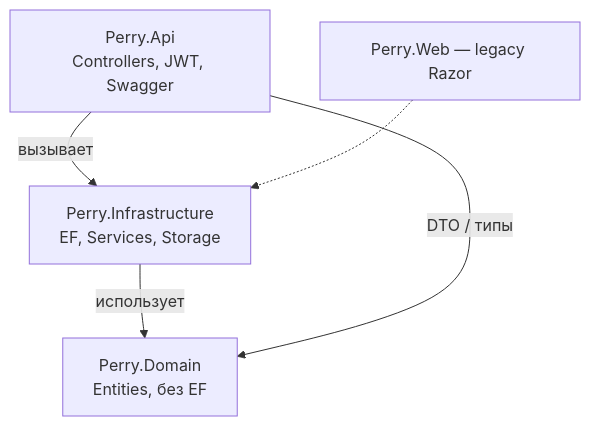
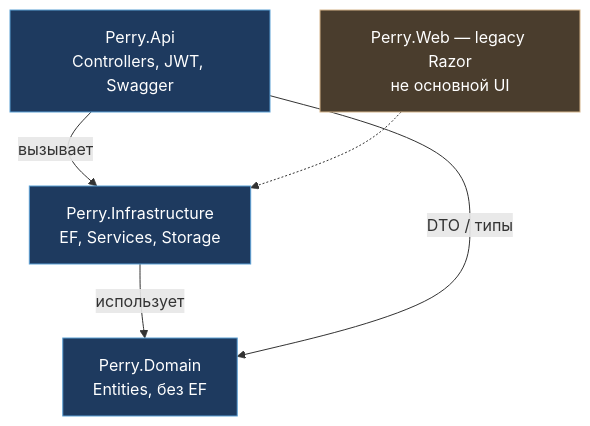
The third of 10 diagrams in project_defense/DEFENSE_BACKEND.md (ITSTEP-PERRY/Back_end_for_our_poroject), drawn with Mermaid before and after one commit. The commit also changed other lines of this file and 2 other files, not shown here.

````diff
--- a/project_defense/DEFENSE_BACKEND.md
+++ b/project_defense/DEFENSE_BACKEND.md
@@ -123,11 +144,18 @@
 ```mermaid
 flowchart TB
   API["Perry.Api<br/>Controllers, JWT, Swagger"]
   INF["Perry.Infrastructure<br/>EF, Services, Storage"]
   DOM["Perry.Domain<br/>Entities, без EF"]
+
   API -->|"вызывает"| INF
   INF -->|"использует"| DOM
   API -->|"DTO / типы"| DOM
-  WEB["Perry.Web — legacy Razor"]
+
+  WEB["Perry.Web — legacy Razor<br/>не основной UI"]
   WEB -.-> INF
+
+  classDef a fill:#1e3a5f,stroke:#5b9fd4,color:#fff
+  classDef w fill:#4a3d2d,stroke:#d4b48a,color:#fff
+  class API,INF,DOM a
+  class WEB w
 ```
````
